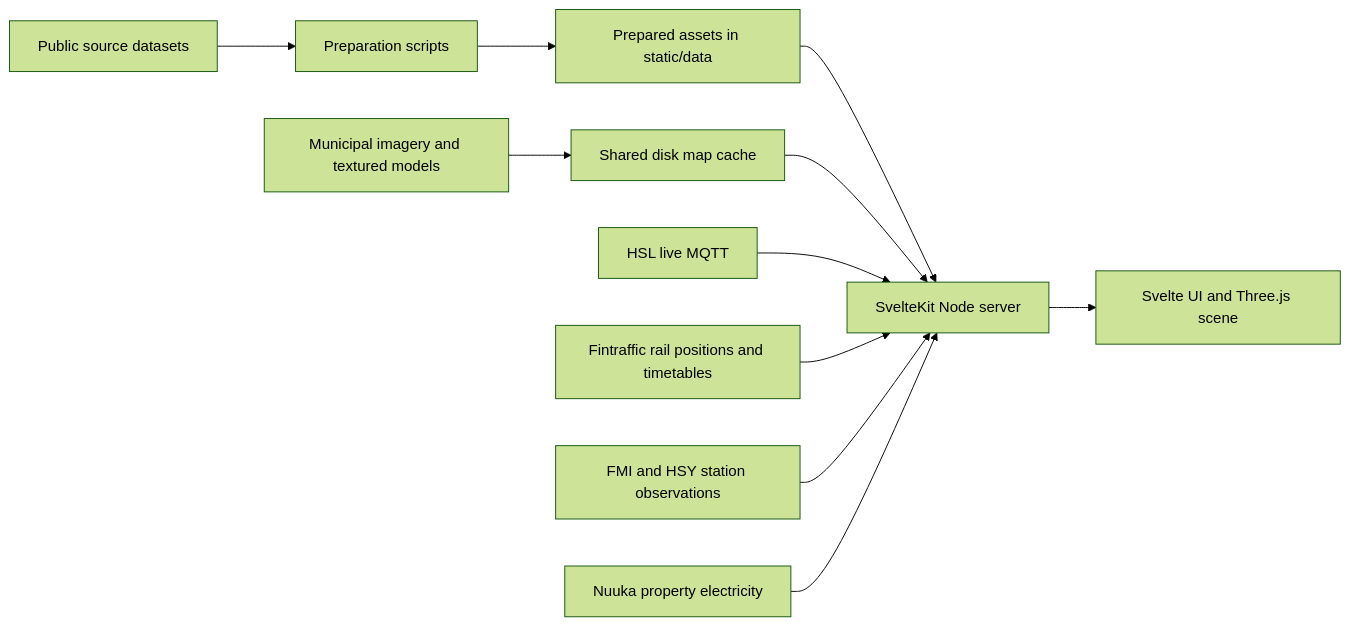
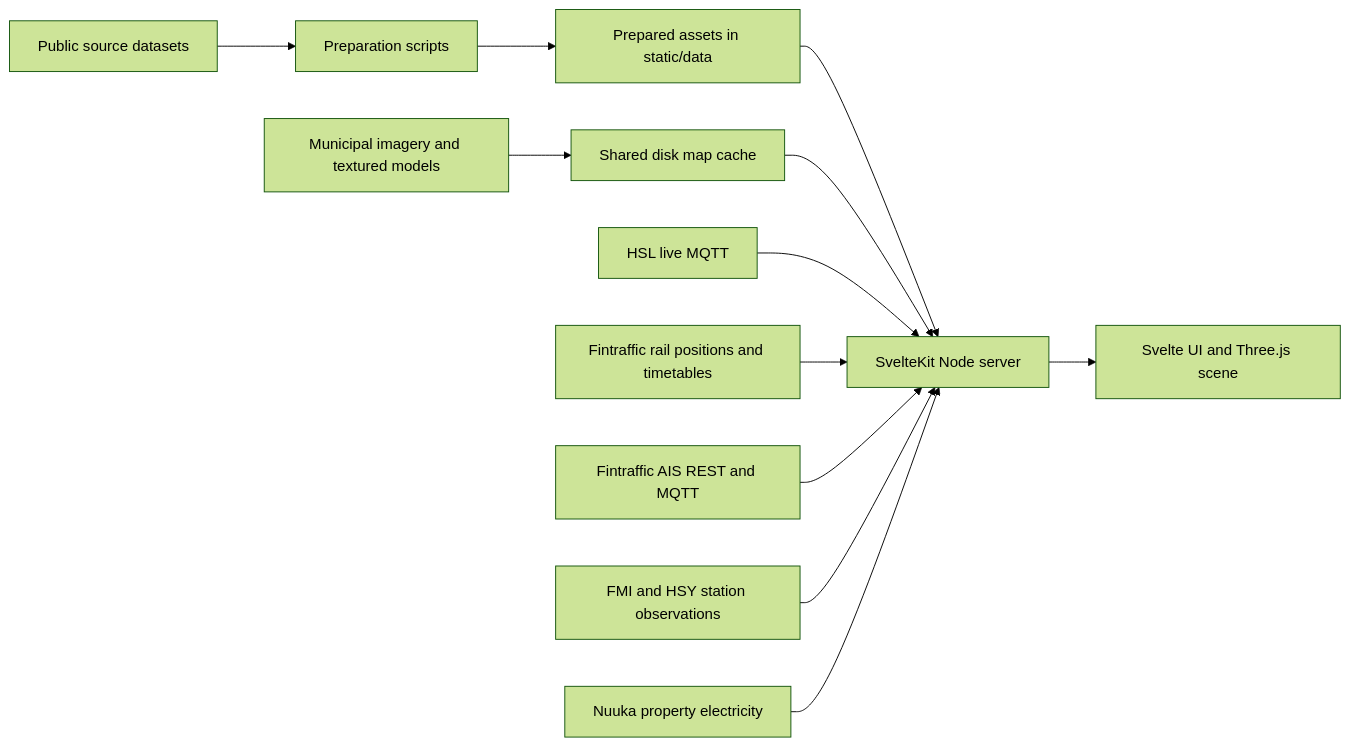
One commit to getodacu/helsinki-dt changed the diagram in README.md. Above: the diagram before and after it, drawn with Mermaid (forest theme). The commit also changed other lines of this file and 47 other files, not shown here.

````diff
--- a/README.md
+++ b/README.md
@@ -64,13 +64,14 @@
 ```mermaid
 flowchart LR
     Sources[Public source datasets] --> Preparation[Preparation scripts]
     Preparation --> Prepared[Prepared assets in static/data]
     Prepared --> App[SvelteKit Node server]
     Municipal[Municipal imagery and textured models] --> Cache[Shared disk map cache]
     Cache --> App
     HSL[HSL live MQTT] --> App
     Rail[Fintraffic rail positions and timetables] --> App
+    AIS[Fintraffic AIS REST and MQTT] --> App
     Observations[FMI and HSY station observations] --> App
     Nuuka[Nuuka property electricity] --> App
     App --> Browser[Svelte UI and Three.js scene]
 ```
````
